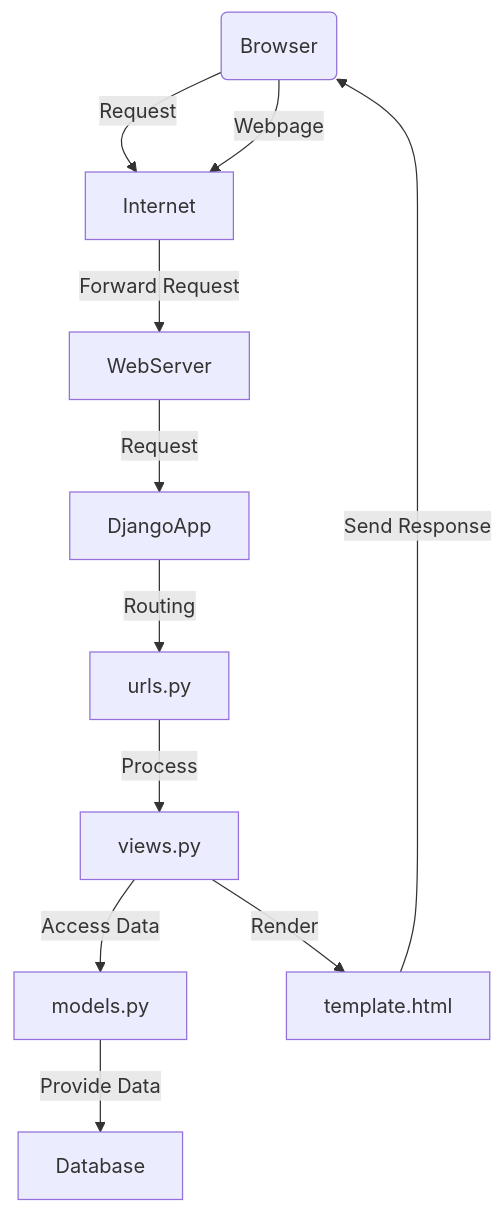
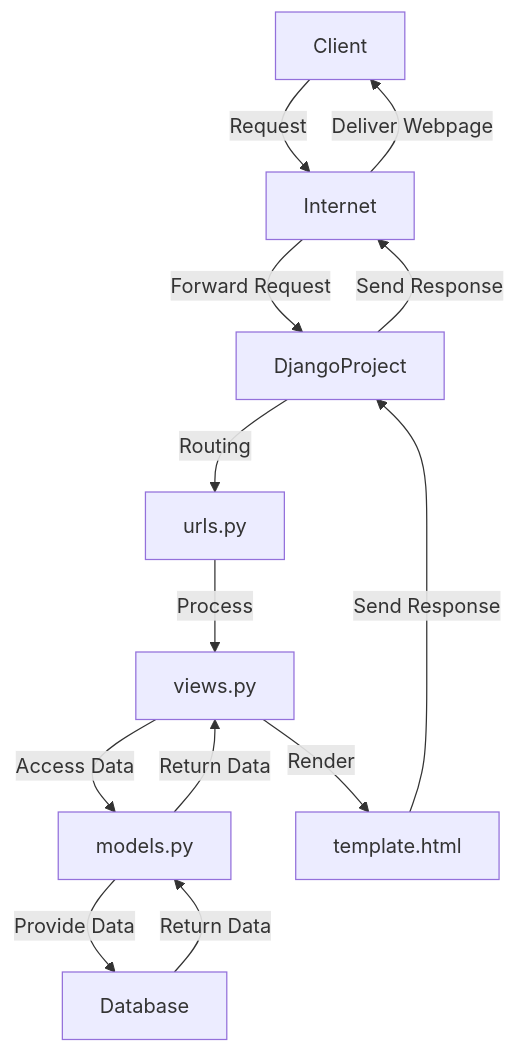
One commit to 04Delya/floryn-shop changed the diagram in README.md. Above: the diagram before and after it, drawn with Mermaid. The commit also changed other lines of this file, not shown here.

Commit message:
modified the graph in the README.md

````diff
--- a/README.md
+++ b/README.md
@@ -170,13 +170,15 @@
     ```mermaid
         graph TD;
-        Client(Browser) -->|Request| Internet;
-        Internet -->|Forward Request| WebServer;
-        WebServer -->|Request| DjangoApp;
-        DjangoApp -->|Routing| urls.py;
-        urls.py -->|Process| views.py;
-        views.py -->|Access Data| models.py;
-        models.py -->|Provide Data| Database;
-        views.py -->|Render| template.html;
-        template.html -->|Send Response| Client(Browser);
-        Client(Browser) -->|Webpage| Internet;
+            Client -->|Request| Internet;
+            Internet -->|Forward Request| DjangoProject;
+            DjangoProject -->|Routing| urls.py;
+            urls.py -->|Process| views.py;
+            views.py -->|Access Data| models.py;
+            models.py -->|Provide Data| Database;
+            Database -->|Return Data| models.py;
+            models.py -->|Return Data| views.py;
+            views.py -->|Render| template.html;
+            template.html -->|Send Response| DjangoProject;
+            DjangoProject --> |Send Response| Internet;
+            Internet --> |Deliver Webpage| Client;
     ```
````
